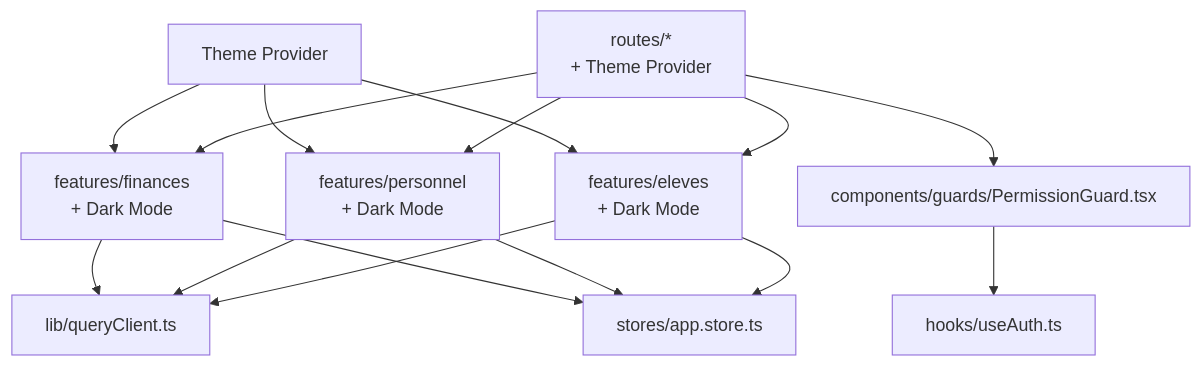
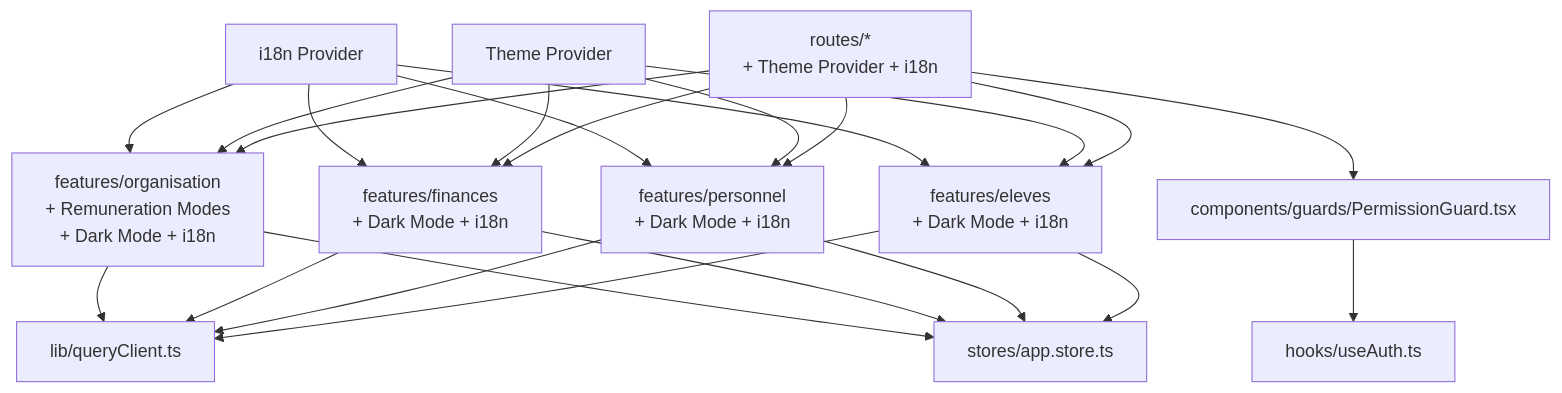
The tenth of 10 diagrams in .qoder/repowiki/en/content/System Architecture/Frontend Architecture/Component Architecture/Feature-Specific Components.md (franckylab/eLISAschool), drawn with Mermaid before and after one commit. The commit also changed other lines of this file and 102 other files, not shown here.

````diff
--- a/.qoder/repowiki/en/content/System Architecture/Frontend Architecture/Component Architecture/Feature-Specific Components.md
+++ b/.qoder/repowiki/en/content/System Architecture/Frontend Architecture/Component Architecture/Feature-Specific Components.md
@@ -464,17 +579,25 @@
 ```mermaid
 graph TB
-Eleves["features/eleves<br/>+ Dark Mode"] --> Q["lib/queryClient.ts"]
-Personnel["features/personnel<br/>+ Dark Mode"] --> Q
-Finances["features/finances<br/>+ Dark Mode"] --> Q
+Eleves["features/eleves<br/>+ Dark Mode + i18n"] --> Q["lib/queryClient.ts"]
+Personnel["features/personnel<br/>+ Dark Mode + i18n"] --> Q
+Finances["features/finances<br/>+ Dark Mode + i18n"] --> Q
+Organisation["features/organisation<br/>+ Remuneration Modes<br/>+ Dark Mode + i18n"] --> Q
 Eleves --> AppStore["stores/app.store.ts"]
 Personnel --> AppStore
 Finances --> AppStore
-Routes["routes/*<br/>+ Theme Provider"] --> Eleves
+Organisation --> AppStore
+Routes["routes/*<br/>+ Theme Provider + i18n"] --> Eleves
 Routes --> Personnel
 Routes --> Finances
+Routes --> Organisation
 Routes --> Guard["components/guards/PermissionGuard.tsx"]
 Guard --> Auth["hooks/useAuth.ts"]
 Theme["Theme Provider"] --> Eleves
 Theme --> Personnel
 Theme --> Finances
+Theme --> Organisation
+I18n["i18n Provider"] --> Eleves
+I18n --> Personnel
+I18n --> Finances
+I18n --> Organisation
 ```
````
